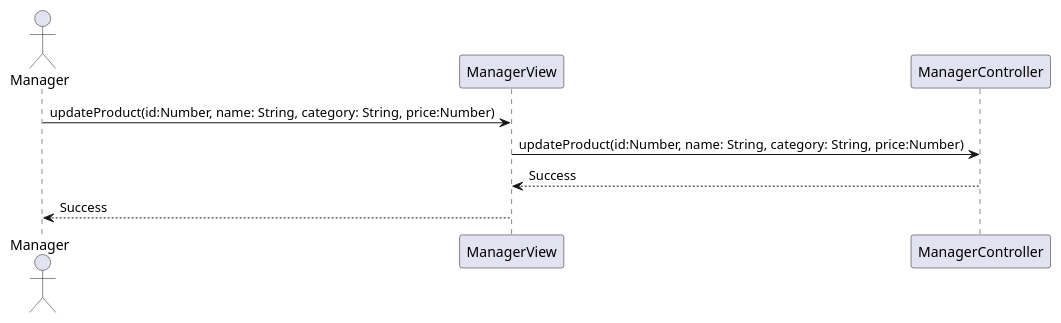
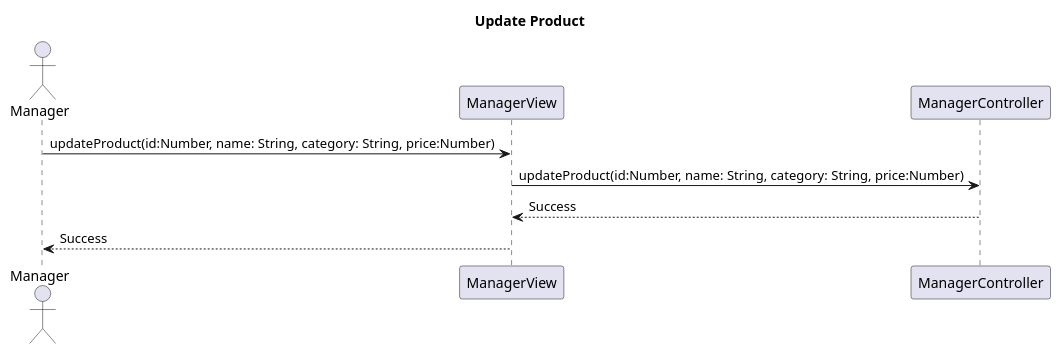
The diagram in docs/UML/process/update-product.puml (ThePhobosDeimosSuite/laboratoire-0_log430), drawn with PlantUML before and after one commit. The commit also changed 15 other files, not shown here.

```diff
--- a/docs/UML/process/update-product.puml
+++ b/docs/UML/process/update-product.puml
@@ -1,8 +1,9 @@
 @startuml update-product
+title Update Product
 actor Manager
 
 Manager -> ManagerView : updateProduct(id:Number, name: String, category: String, price:Number)
 ManagerView -> ManagerController : updateProduct(id:Number, name: String, category: String, price:Number)
 ManagerController --> ManagerView  :Success
 ManagerView --> Manager : Success
 @enduml
```
